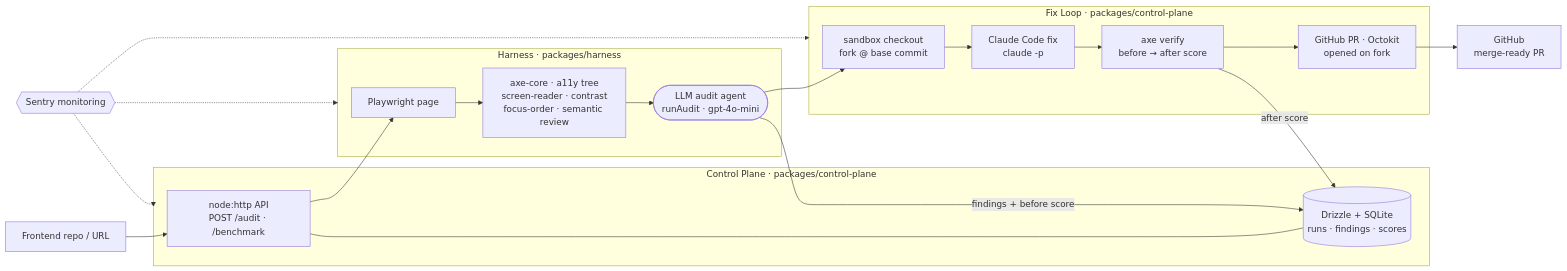
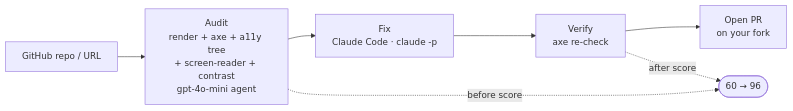
The diagram in README.md (yangzhang75/Ramp), drawn with Mermaid before and after one commit. The commit also changed other lines of this file, not shown here.

First line of the commit message:
docs(readme): restore improvements lost to a merge conflict resolution

````diff
--- a/README.md
+++ b/README.md
@@ -36,34 +27,10 @@
 ```mermaid
 flowchart LR
-  USER["Frontend repo / URL"] --> API
-
-  subgraph CP["Control Plane · packages/control-plane"]
-    API["node:http API<br/>POST /audit · /benchmark"]
-    DB[("Drizzle + SQLite<br/>runs · findings · scores")]
-    API --- DB
-  end
-
-  subgraph H["Harness · packages/harness"]
-    PW["Playwright page"]
-    TOOLS["axe-core · a11y tree<br/>screen-reader · contrast<br/>focus-order · semantic review"]
-    AGENT(["LLM audit agent<br/>runAudit · gpt-4o-mini"])
-    PW --> TOOLS --> AGENT
-  end
-
-  subgraph FL["Fix Loop · packages/control-plane"]
-    SB["sandbox checkout<br/>fork @ base commit"]
-    FIX["Claude Code fix<br/>claude -p"]
-    VER["axe verify<br/>before → after score"]
-    PR["GitHub PR · Octokit<br/>opened on fork"]
-    SB --> FIX --> VER --> PR
-  end
-
-  API --> PW
-  AGENT -->|"findings + before score"| DB
-  AGENT --> SB
-  VER -->|"after score"| DB
-  PR --> GH["GitHub<br/>merge-ready PR"]
-  SENTRY{{"Sentry monitoring"}} -.-> CP
-  SENTRY -.-> H
-  SENTRY -.-> FL
+  IN["GitHub repo / URL"] --> AUD
+  AUD["Audit<br/>render + axe + a11y tree<br/>+ screen-reader + contrast<br/>gpt-4o-mini agent"] --> FIX
+  FIX["Fix<br/>Claude Code · claude -p"] --> VER
+  VER["Verify<br/>axe re-check"] --> PR
+  PR["Open PR<br/>on your fork"]
+  AUD -. before score .-> SC(["60 → 96"])
+  VER -. after score .-> SC
 ```
````
